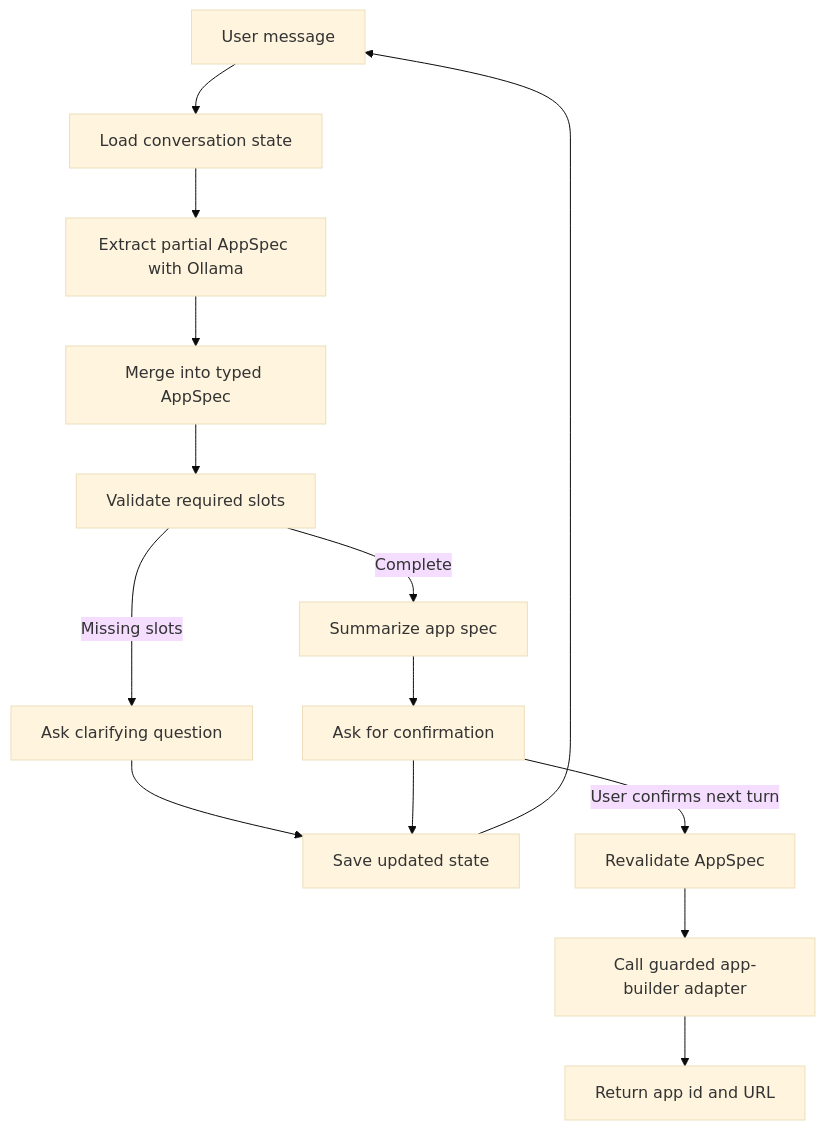
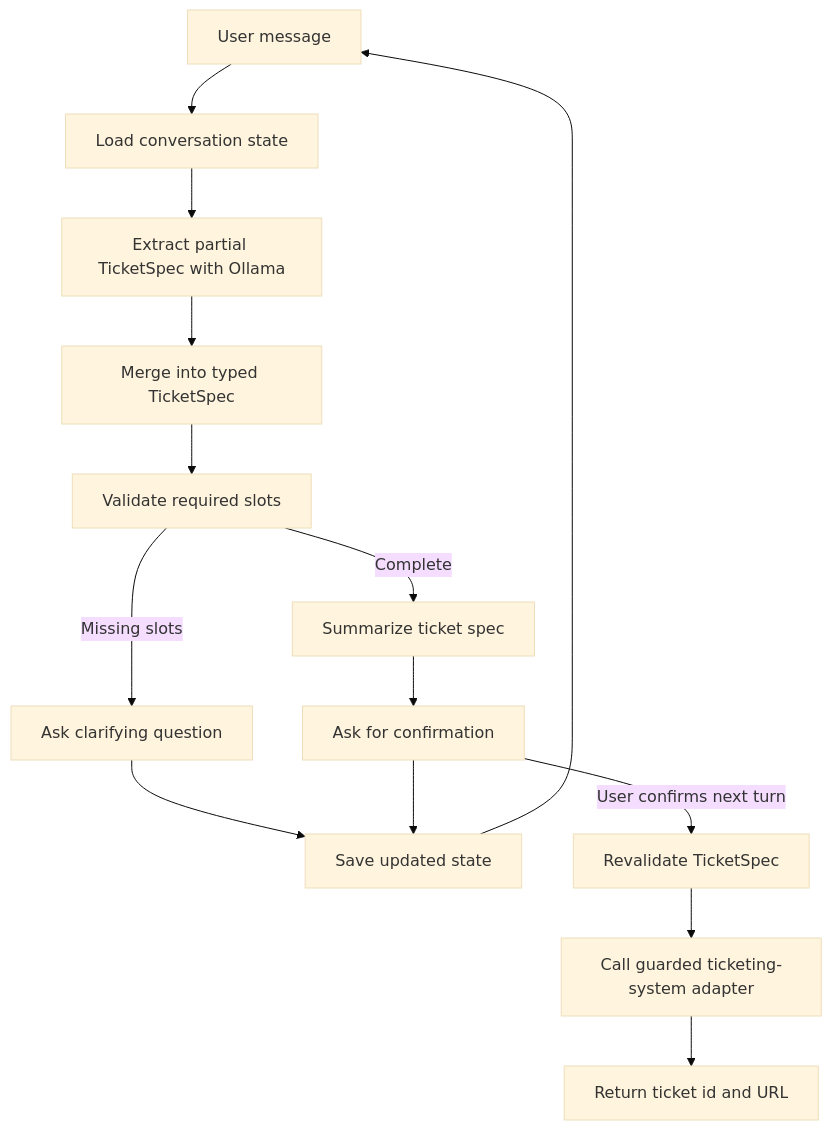
Before and after one commit to LiteObject/ai-chatbot-v2: the diagram in README.md, drawn with Mermaid (base theme). The commit also changed other lines of this file and 47 other files, not shown here.

````diff
--- a/README.md
+++ b/README.md
@@ -22,16 +22,16 @@
 ```mermaid
 flowchart TD
 	A[User message] --> B[Load conversation state]
-	B --> C[Extract partial AppSpec with Ollama]
-	C --> D[Merge into typed AppSpec]
+	B --> C[Extract partial TicketSpec with Ollama]
+	C --> D[Merge into typed TicketSpec]
 	D --> E[Validate required slots]
 	E -->|Missing slots| F[Ask clarifying question]
 	F --> G[Save updated state]
-	E -->|Complete| H[Summarize app spec]
+	E -->|Complete| H[Summarize ticket spec]
 	H --> I[Ask for confirmation]
 	I --> G
 	G --> A
-	I -->|User confirms next turn| J[Revalidate AppSpec]
-	J --> K[Call guarded app-builder adapter]
-	K --> L[Return app id and URL]
+	I -->|User confirms next turn| J[Revalidate TicketSpec]
+	J --> K[Call guarded ticketing-system adapter]
+	K --> L[Return ticket id and URL]
 ```
````
